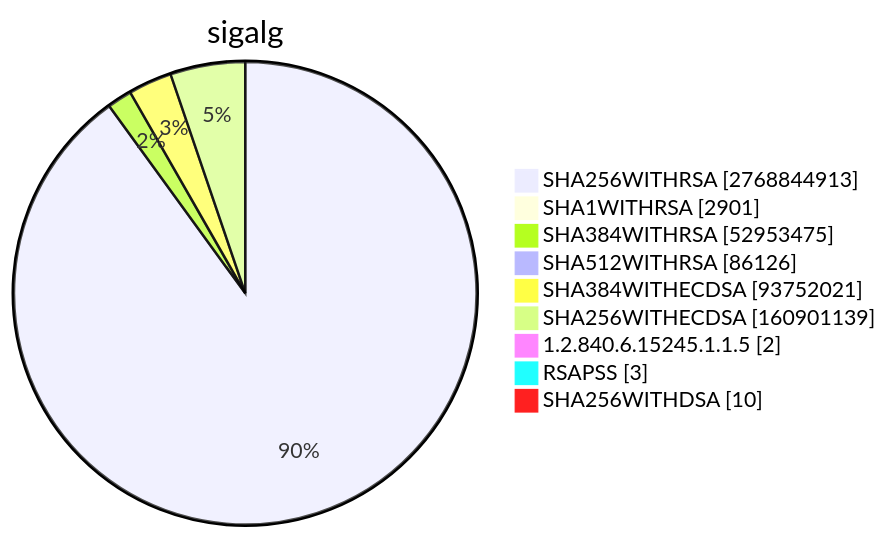
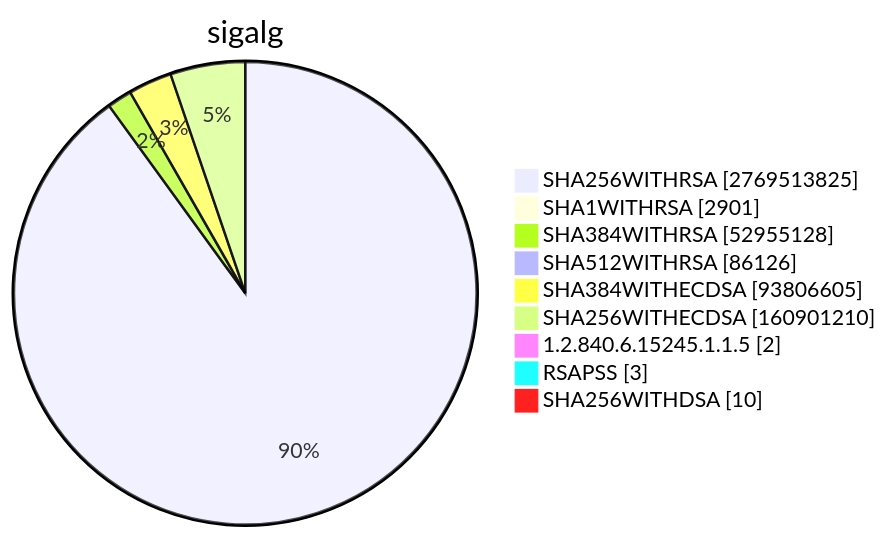
Before and after one commit to christiankrug/ctmonitor_visualization: diagram 15 of 15 in TOTAL/README.md, drawn with Mermaid. The commit also changed other lines of this file, not shown here.

````diff
--- a/TOTAL/README.md
+++ b/TOTAL/README.md
@@ -6207,13 +6207,13 @@
 ```mermaid
 pie showData
 title sigalg
-"SHA256WITHRSA" :2768844913
+"SHA256WITHRSA" :2769513825
 "SHA1WITHRSA" :2901
-"SHA384WITHRSA" :52953475
+"SHA384WITHRSA" :52955128
 "SHA512WITHRSA" :86126
-"SHA384WITHECDSA" :93752021
-"SHA256WITHECDSA" :160901139
+"SHA384WITHECDSA" :93806605
+"SHA256WITHECDSA" :160901210
 "1.2.840.6.15245.1.1.5" :2
 "RSAPSS" :3
 "SHA256WITHDSA" :10
 ```
````
